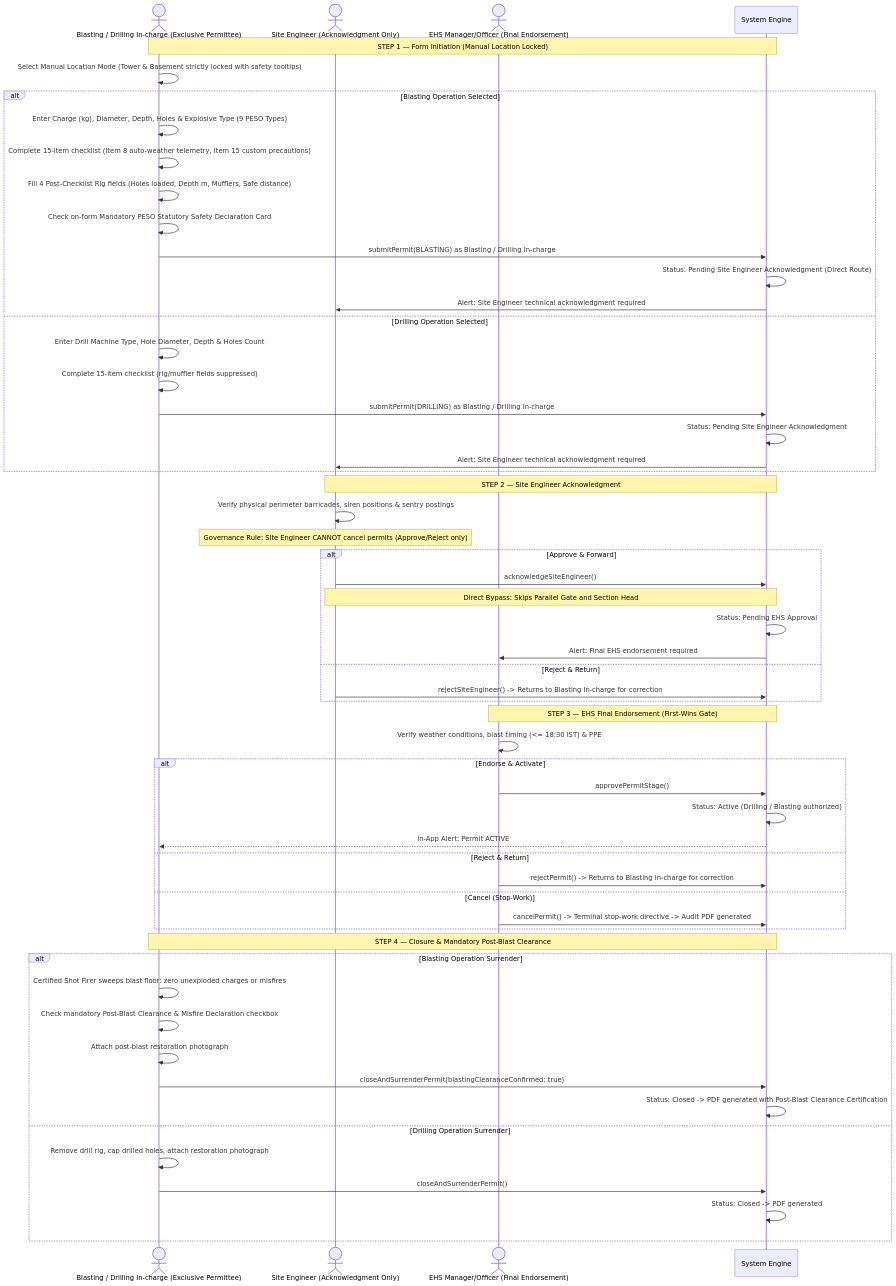
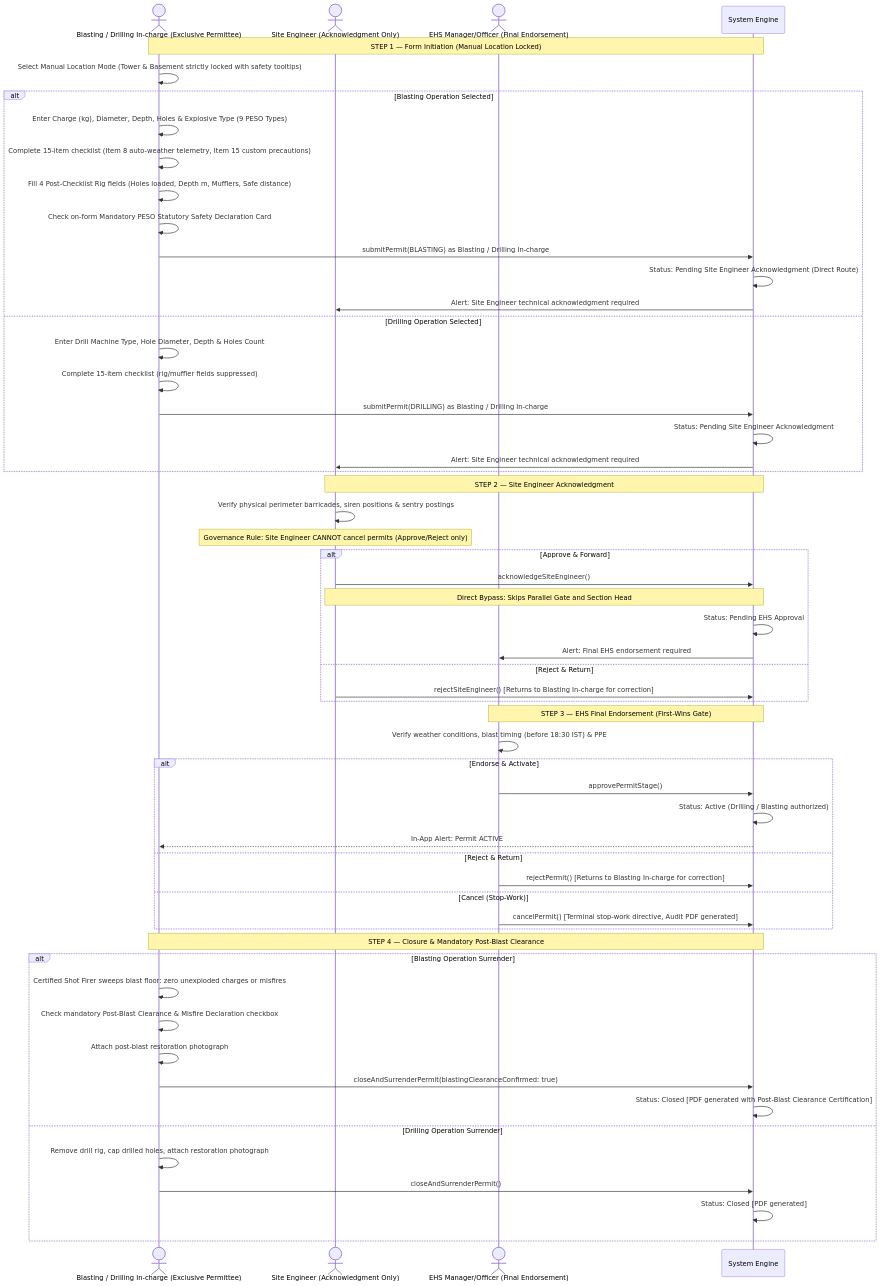
Diagram 20 of 32 in README.md (AuroGroupAutomationBot/ARPL-EHS-Demo), drawn with Mermaid before and after one commit. The commit also changed other lines of this file, not shown here.

````diff
--- a/README.md
+++ b/README.md
@@ -1563,62 +1660,62 @@
 ```mermaid
 sequenceDiagram
     actor BIC as Blasting / Drilling In-charge (Exclusive Permittee)
     actor SE as Site Engineer (Acknowledgment Only)
     actor EHS as EHS Manager/Officer (Final Endorsement)
     participant SYS as System Engine
 
     Note over BIC,SYS: STEP 1 — Form Initiation (Manual Location Locked)
     BIC->>BIC: Select Manual Location Mode (Tower & Basement strictly locked with safety tooltips)
     alt Blasting Operation Selected
         BIC->>BIC: Enter Charge (kg), Diameter, Depth, Holes & Explosive Type (9 PESO Types)
         BIC->>BIC: Complete 15-item checklist (Item 8 auto-weather telemetry, Item 15 custom precautions)
         BIC->>BIC: Fill 4 Post-Checklist Rig fields (Holes loaded, Depth m, Mufflers, Safe distance)
         BIC->>BIC: Check on-form Mandatory PESO Statutory Safety Declaration Card
         BIC->>SYS: submitPermit(BLASTING) as Blasting / Drilling In-charge
         SYS->>SYS: Status: Pending Site Engineer Acknowledgment (Direct Route)
         SYS->>SE: Alert: Site Engineer technical acknowledgment required
     else Drilling Operation Selected
         BIC->>BIC: Enter Drill Machine Type, Hole Diameter, Depth & Holes Count
         BIC->>BIC: Complete 15-item checklist (rig/muffler fields suppressed)
         BIC->>SYS: submitPermit(DRILLING) as Blasting / Drilling In-charge
         SYS->>SYS: Status: Pending Site Engineer Acknowledgment
         SYS->>SE: Alert: Site Engineer technical acknowledgment required
     end
 
     Note over SE,SYS: STEP 2 — Site Engineer Acknowledgment
     SE->>SE: Verify physical perimeter barricades, siren positions & sentry postings
     Note over SE: Governance Rule: Site Engineer CANNOT cancel permits (Approve/Reject only)
     alt Approve & Forward
         SE->>SYS: acknowledgeSiteEngineer()
         Note over SE,SYS: Direct Bypass: Skips Parallel Gate and Section Head
         SYS->>SYS: Status: Pending EHS Approval
         SYS->>EHS: Alert: Final EHS endorsement required
     else Reject & Return
-        SE->>SYS: rejectSiteEngineer() -> Returns to Blasting In-charge for correction
+        SE->>SYS: rejectSiteEngineer() [Returns to Blasting In-charge for correction]
     end
 
     Note over EHS,SYS: STEP 3 — EHS Final Endorsement (First-Wins Gate)
-    EHS->>EHS: Verify weather conditions, blast timing (<= 18:30 IST) & PPE
+    EHS->>EHS: Verify weather conditions, blast timing (before 18:30 IST) & PPE
     alt Endorse & Activate
         EHS->>SYS: approvePermitStage()
         SYS->>SYS: Status: Active (Drilling / Blasting authorized)
         SYS-->>BIC: In-App Alert: Permit ACTIVE
     else Reject & Return
-        EHS->>SYS: rejectPermit() -> Returns to Blasting In-charge for correction
+        EHS->>SYS: rejectPermit() [Returns to Blasting In-charge for correction]
     else Cancel (Stop-Work)
-        EHS->>SYS: cancelPermit() -> Terminal stop-work directive -> Audit PDF generated
+        EHS->>SYS: cancelPermit() [Terminal stop-work directive, Audit PDF generated]
     end
 
     Note over BIC,SYS: STEP 4 — Closure & Mandatory Post-Blast Clearance
     alt Blasting Operation Surrender
         BIC->>BIC: Certified Shot Firer sweeps blast floor: zero unexploded charges or misfires
         BIC->>BIC: Check mandatory Post-Blast Clearance & Misfire Declaration checkbox
         BIC->>BIC: Attach post-blast restoration photograph
         BIC->>SYS: closeAndSurrenderPermit(blastingClearanceConfirmed: true)
-        SYS->>SYS: Status: Closed -> PDF generated with Post-Blast Clearance Certification
+        SYS->>SYS: Status: Closed [PDF generated with Post-Blast Clearance Certification]
     else Drilling Operation Surrender
         BIC->>BIC: Remove drill rig, cap drilled holes, attach restoration photograph
         BIC->>SYS: closeAndSurrenderPermit()
-        SYS->>SYS: Status: Closed -> PDF generated
+        SYS->>SYS: Status: Closed [PDF generated]
     end
 ```
````
